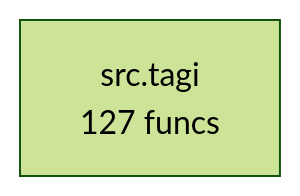
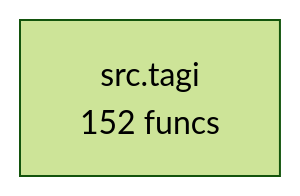
The diagram in project/compact_flow.mmd (semcod/tagi), drawn with Mermaid (forest theme) before and after one commit. The commit also changed 31 other files, not shown here.

```diff
--- a/project/compact_flow.mmd
+++ b/project/compact_flow.mmd
@@ -1,3 +1,3 @@
 flowchart TD
-%% generated in 0.01s
-    src__tagi["src.tagi<br/>127 funcs"]
+%% generated in 0.00s
+    src__tagi["src.tagi<br/>152 funcs"]
```
